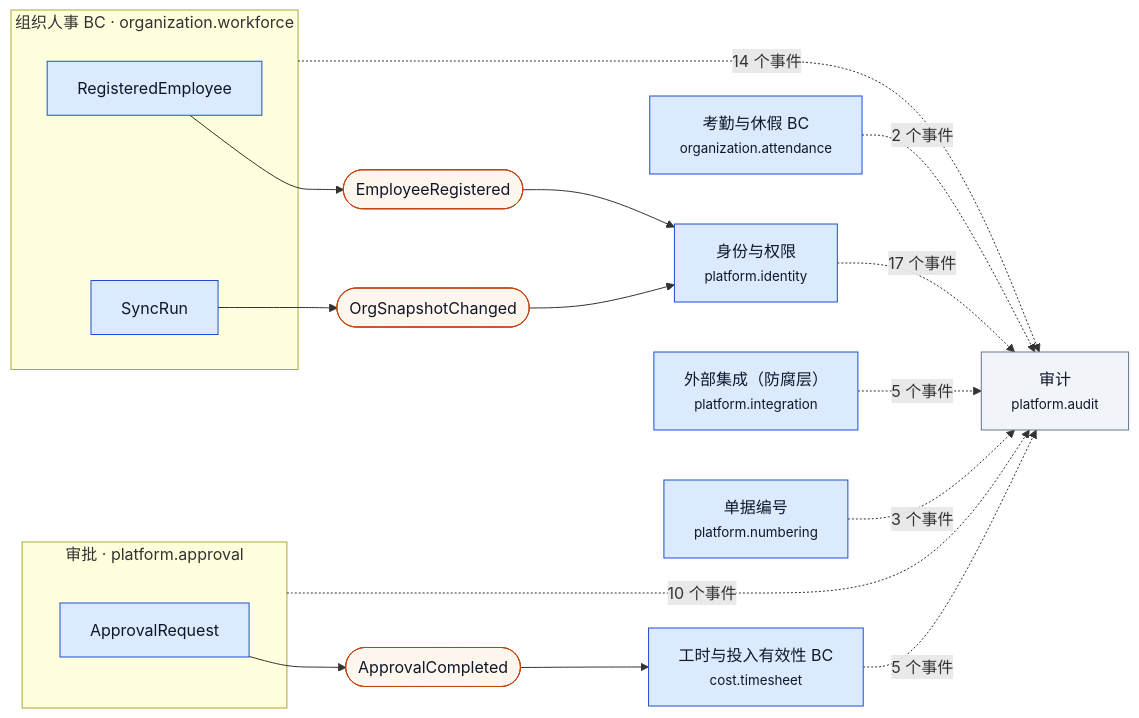
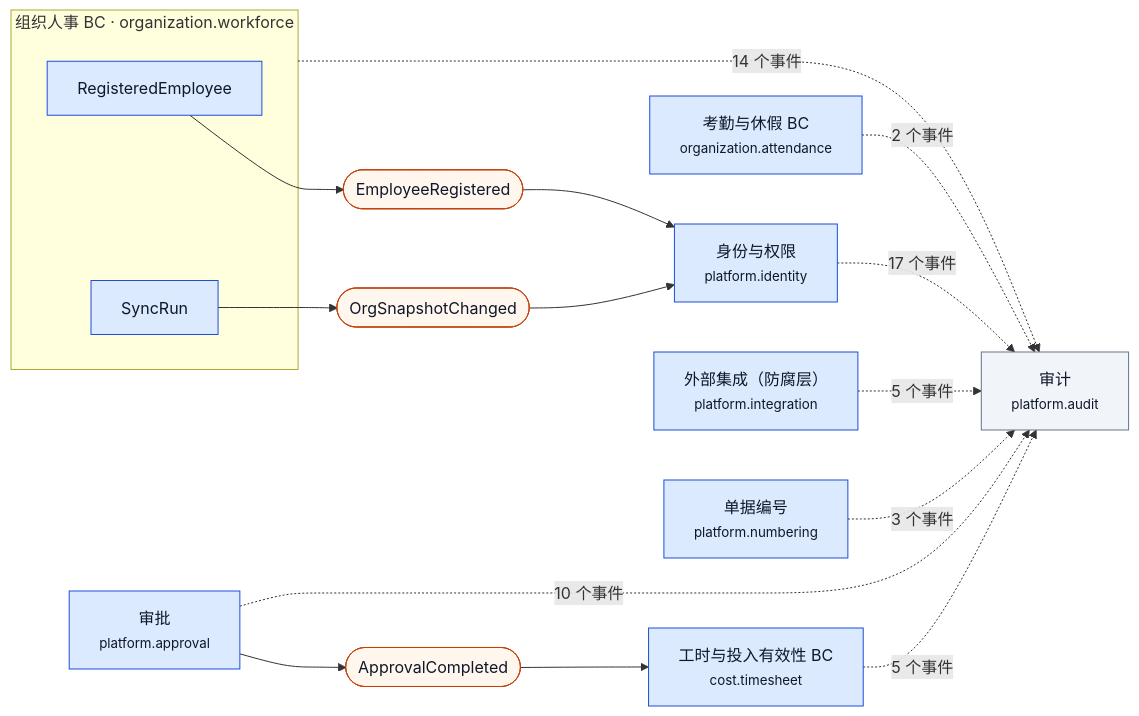
One commit to YeliangDu/forcitis-one-psa-codex-lab changed the diagram in docs/modernization/architecture/generated/3-event-chain.mmd. Above: the diagram before and after it, drawn with Mermaid. The commit also changed 34 other files, not shown here.

First line of the commit message:
refactor(architecture): ssot/ 定为架构唯一来源，迁入 ddd/ 三份与过渡架构，退役旧价值流、能力与旧聚合登记 GOV-1023-ARC-01

```diff
--- a/docs/modernization/architecture/generated/3-event-chain.mmd
+++ b/docs/modernization/architecture/generated/3-event-chain.mmd
@@ -1,28 +1,26 @@
-%% 生成文件，勿手改：python3 architecture/build_architecture.py（源：ddd/aggregates.yaml、events/*.yaml）
+%% 生成文件，勿手改：python3 architecture/build_architecture.py（源：ssot/i03-aggregates/built.yaml、events/*.yaml）
 flowchart LR
   classDef bc fill:#dbeafe,stroke:#1d4ed8,color:#0f172a
   classDef evt fill:#fff7ed,stroke:#c2410c,color:#0f172a
   classDef audit fill:#f1f5f9,stroke:#64748b,color:#0f172a
   cost_timesheet["工时与投入有效性 BC<br/><small>cost.timesheet</small>"]:::bc
   organization_attendance["考勤与休假 BC<br/><small>organization.attendance</small>"]:::bc
   subgraph organization_workforce["组织人事 BC · organization.workforce"]
     organization_workforce__RegisteredEmployee["RegisteredEmployee"]:::bc
     organization_workforce__SyncRun["SyncRun"]:::bc
   end
-  subgraph platform_approval["审批 · platform.approval"]
-    platform_approval__ApprovalRequest["ApprovalRequest"]:::bc
-  end
+  platform_approval["审批<br/><small>platform.approval</small>"]:::bc
   platform_audit["审计<br/><small>platform.audit</small>"]:::audit
   platform_identity["身份与权限<br/><small>platform.identity</small>"]:::bc
   platform_integration["外部集成（防腐层）<br/><small>platform.integration</small>"]:::bc
   platform_numbering["单据编号<br/><small>platform.numbering</small>"]:::bc
   organization_workforce__RegisteredEmployee --> E_organization_workforce_EmployeeRegistered(["EmployeeRegistered"]):::evt --> platform_identity
   organization_workforce__SyncRun --> E_organization_workforce_OrgSnapshotChanged(["OrgSnapshotChanged"]):::evt --> platform_identity
-  platform_approval__ApprovalRequest --> E_platform_approval_ApprovalCompleted(["ApprovalCompleted"]):::evt --> cost_timesheet
+  platform_approval --> E_platform_approval_ApprovalCompleted(["ApprovalCompleted"]):::evt --> cost_timesheet
   cost_timesheet -.->|5 个事件| platform_audit
   organization_attendance -.->|2 个事件| platform_audit
   organization_workforce -.->|14 个事件| platform_audit
   platform_approval -.->|10 个事件| platform_audit
   platform_identity -.->|17 个事件| platform_audit
   platform_integration -.->|5 个事件| platform_audit
   platform_numbering -.->|3 个事件| platform_audit
```
